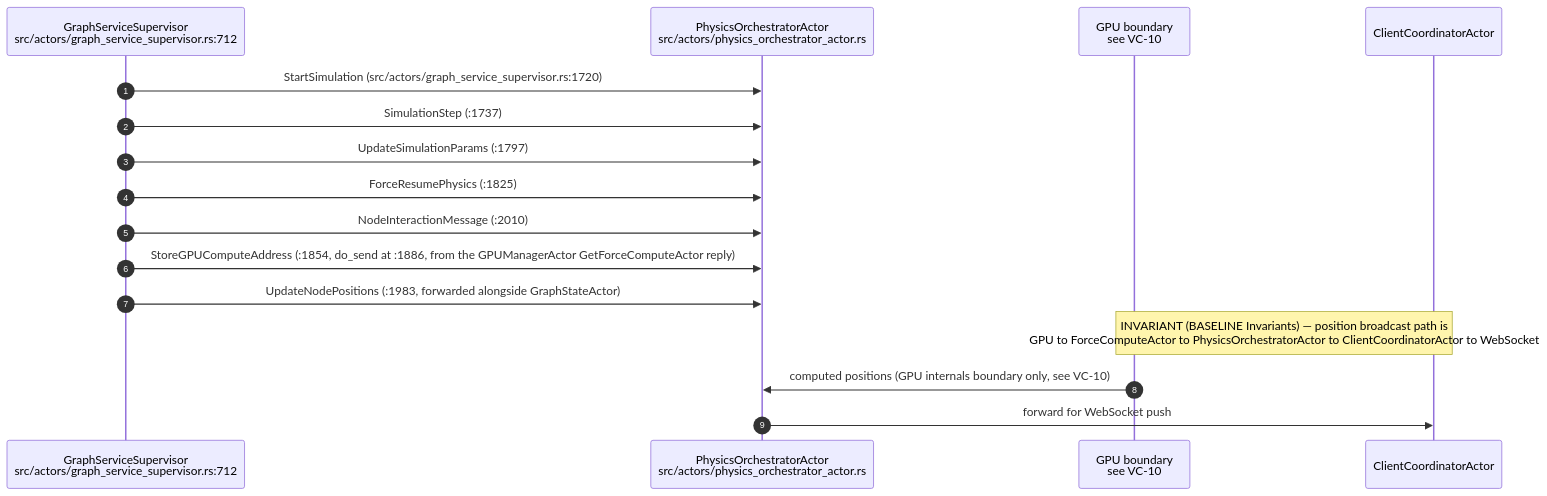
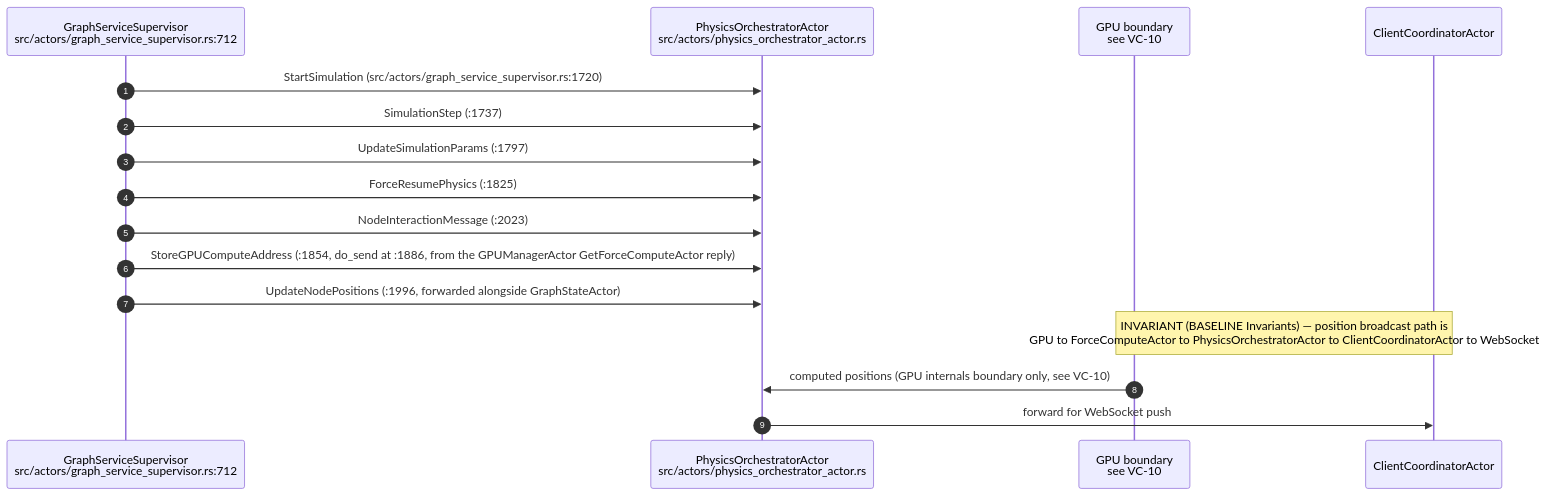
The tenth of 14 diagrams in docs/diagrams/visionclaw/02-actor-supervision.md (DreamLab-AI/VisionFlow), drawn with Mermaid before and after one commit. The commit also changed other lines of this file and 111 other files, not shown here.

Commit message:
docs(diagrams): align estate maps with current source

````diff
--- a/docs/diagrams/visionclaw/02-actor-supervision.md
+++ b/docs/diagrams/visionclaw/02-actor-supervision.md
@@ -410,19 +410,19 @@
 ```mermaid
 sequenceDiagram
     autonumber
     participant GSS as GraphServiceSupervisor<br/>src/actors/graph_service_supervisor.rs:712
     participant PO as PhysicsOrchestratorActor<br/>src/actors/physics_orchestrator_actor.rs
     participant GPU as GPU boundary<br/>see VC-10
     participant CC as ClientCoordinatorActor
 
     GSS->>PO: StartSimulation (src/actors/graph_service_supervisor.rs:1720)
     GSS->>PO: SimulationStep (:1737)
     GSS->>PO: UpdateSimulationParams (:1797)
     GSS->>PO: ForceResumePhysics (:1825)
-    GSS->>PO: NodeInteractionMessage (:2010)
+    GSS->>PO: NodeInteractionMessage (:2023)
     GSS->>PO: StoreGPUComputeAddress (:1854, do_send at :1886, from the GPUManagerActor GetForceComputeActor reply)
-    GSS->>PO: UpdateNodePositions (:1983, forwarded alongside GraphStateActor)
+    GSS->>PO: UpdateNodePositions (:1996, forwarded alongside GraphStateActor)
     Note over GPU,CC: INVARIANT (BASELINE Invariants) — position broadcast path is<br/>GPU to ForceComputeActor to PhysicsOrchestratorActor to ClientCoordinatorActor to WebSocket
     GPU->>PO: computed positions (GPU internals boundary only, see VC-10)
     PO->>CC: forward for WebSocket push
 ```
````
